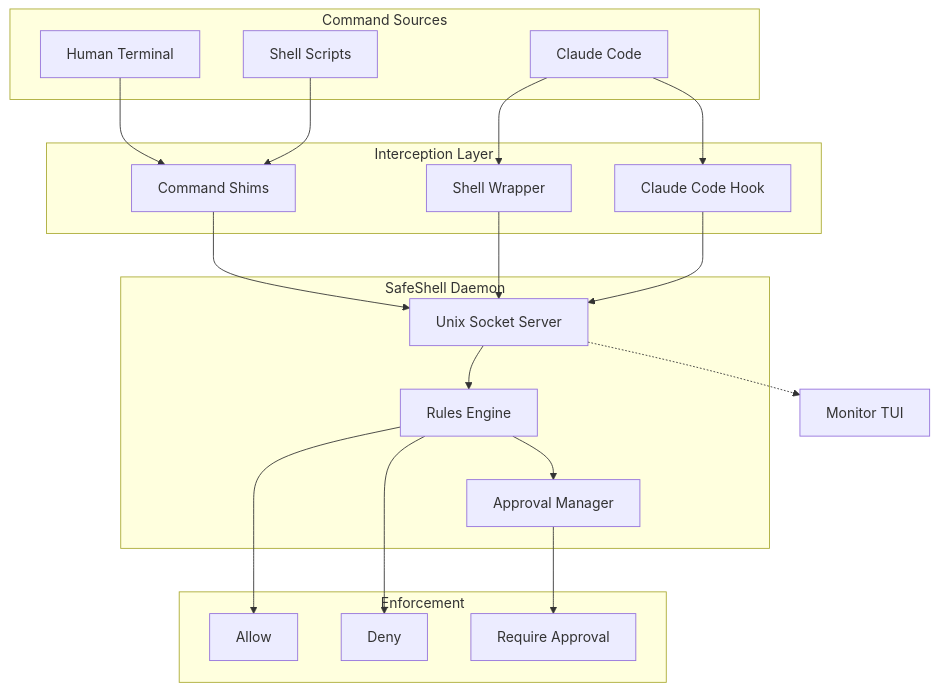
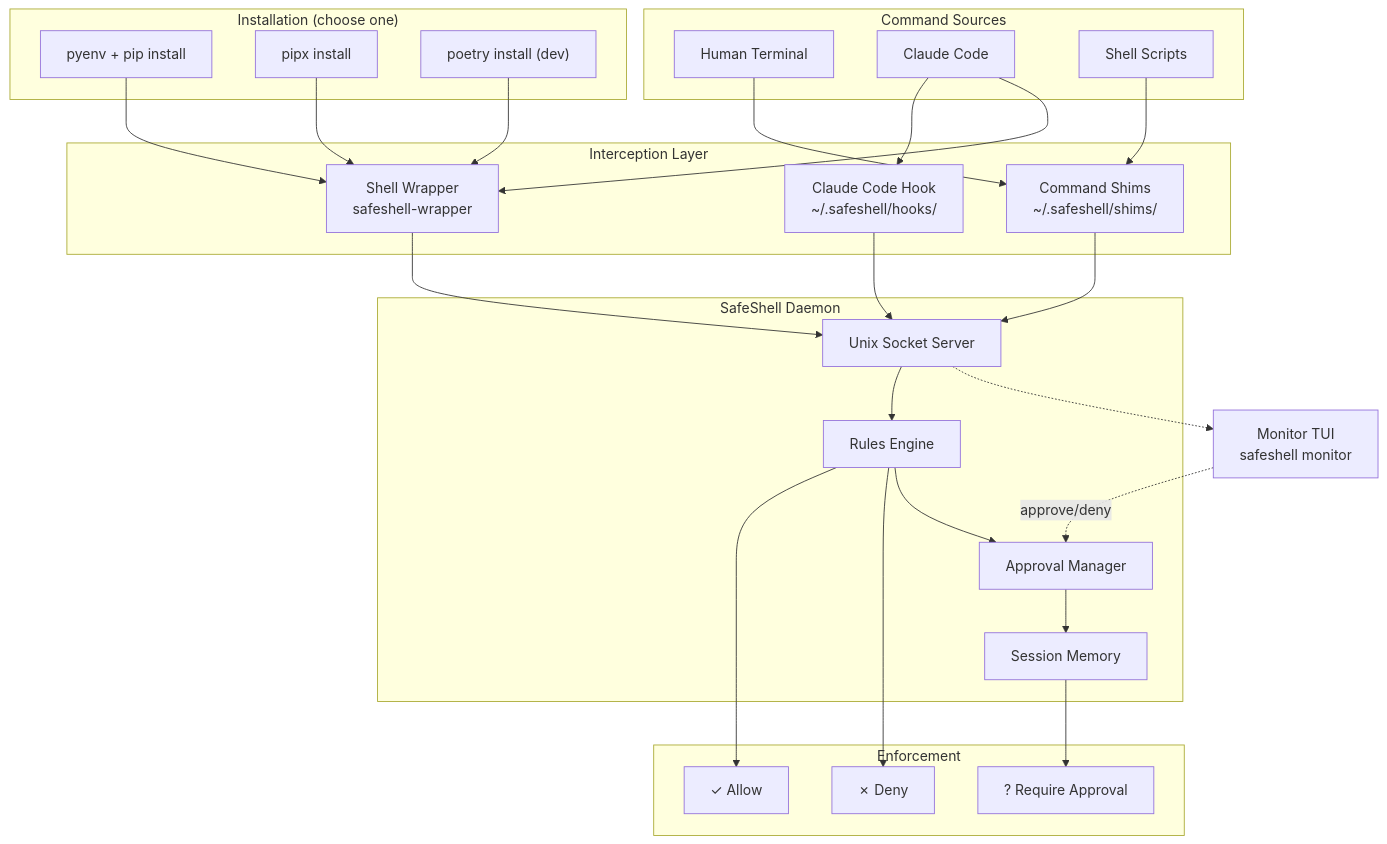
One commit to be-wise-be-kind/safeshell changed the diagram in README.md. Above: the diagram before and after it, drawn with Mermaid. The commit also changed other lines of this file and 24 other files, not shown here.

First line of the commit message:
feat: Add session memory, rule caching, and rules validate CLI (Phase 4 PR4) (#20)

````diff
--- a/README.md
+++ b/README.md
@@ -28,45 +28,58 @@
 ```mermaid
 flowchart TB
     subgraph Sources["Command Sources"]
         Human["Human Terminal"]
         Claude["Claude Code"]
         Scripts["Shell Scripts"]
     end
 
+    subgraph Install["Installation (choose one)"]
+        Pyenv["pyenv + pip install"]
+        Pipx["pipx install"]
+        Poetry["poetry install (dev)"]
+    end
+
     subgraph Interception["Interception Layer"]
-        Shims["Command Shims"]
-        Wrapper["Shell Wrapper"]
-        Hook["Claude Code Hook"]
+        Shims["Command Shims<br/>~/.safeshell/shims/"]
+        Wrapper["Shell Wrapper<br/>safeshell-wrapper"]
+        Hook["Claude Code Hook<br/>~/.safeshell/hooks/"]
     end
 
     subgraph Core["SafeShell Daemon"]
         Server["Unix Socket Server"]
         Rules["Rules Engine"]
         Approval["Approval Manager"]
+        Memory["Session Memory"]
     end
 
     subgraph Actions["Enforcement"]
-        Allow["Allow"]
-        Deny["Deny"]
-        Require["Require Approval"]
+        Allow["✓ Allow"]
+        Deny["✗ Deny"]
+        Require["? Require Approval"]
     end
 
-    Monitor["Monitor TUI"]
+    Monitor["Monitor TUI<br/>safeshell monitor"]
+
+    Pyenv --> Wrapper
+    Pipx --> Wrapper
+    Poetry --> Wrapper
 
     Human --> Shims
     Claude --> Hook
     Claude --> Wrapper
     Scripts --> Shims
 
     Shims --> Server
     Wrapper --> Server
     Hook --> Server
 
     Server --> Rules
     Rules --> Allow
     Rules --> Deny
     Rules --> Approval
-    Approval --> Require
+    Approval --> Memory
+    Memory --> Require
 
     Server -.-> Monitor
+    Monitor -.->|approve/deny| Approval
 ```
````
